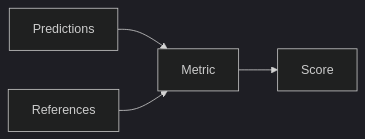
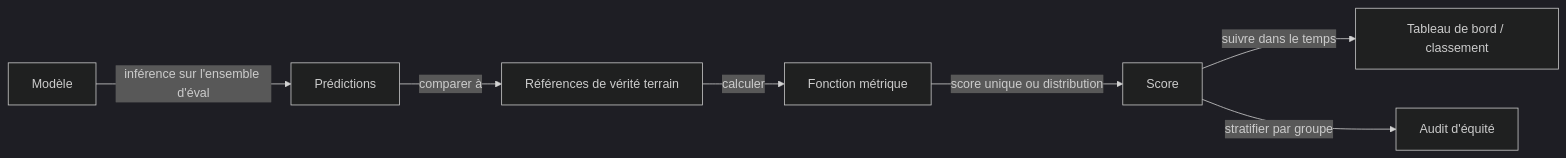
Before and after one commit to EmersonBraun/ai-summary-hub: the diagram in i18n/fr/docusaurus-plugin-content-docs/current/evaluation-metrics/index.md, drawn with Mermaid (dark theme). The commit also changed other lines of this file and 242 other files, not shown here.

````diff
--- a/i18n/fr/docusaurus-plugin-content-docs/current/evaluation-metrics/index.md
+++ b/i18n/fr/docusaurus-plugin-content-docs/current/evaluation-metrics/index.md
@@ -17,6 +23,9 @@
 ```mermaid
 flowchart LR
-  Predictions[Predictions] --> Metric[Metric]
-  References[References] --> Metric
-  Metric --> Score[Score]
+  Model[Modèle] -->|inférence sur l'ensemble d'éval| Predictions[Prédictions]
+  Predictions -->|comparer à| References[Références de vérité terrain]
+  References -->|calculer| Metric[Fonction métrique]
+  Metric -->|score unique ou distribution| Score[Score]
+  Score -->|suivre dans le temps| Dashboard[Tableau de bord / classement]
+  Score -->|stratifier par groupe| FairnessAudit[Audit d'équité]
 ```
````
